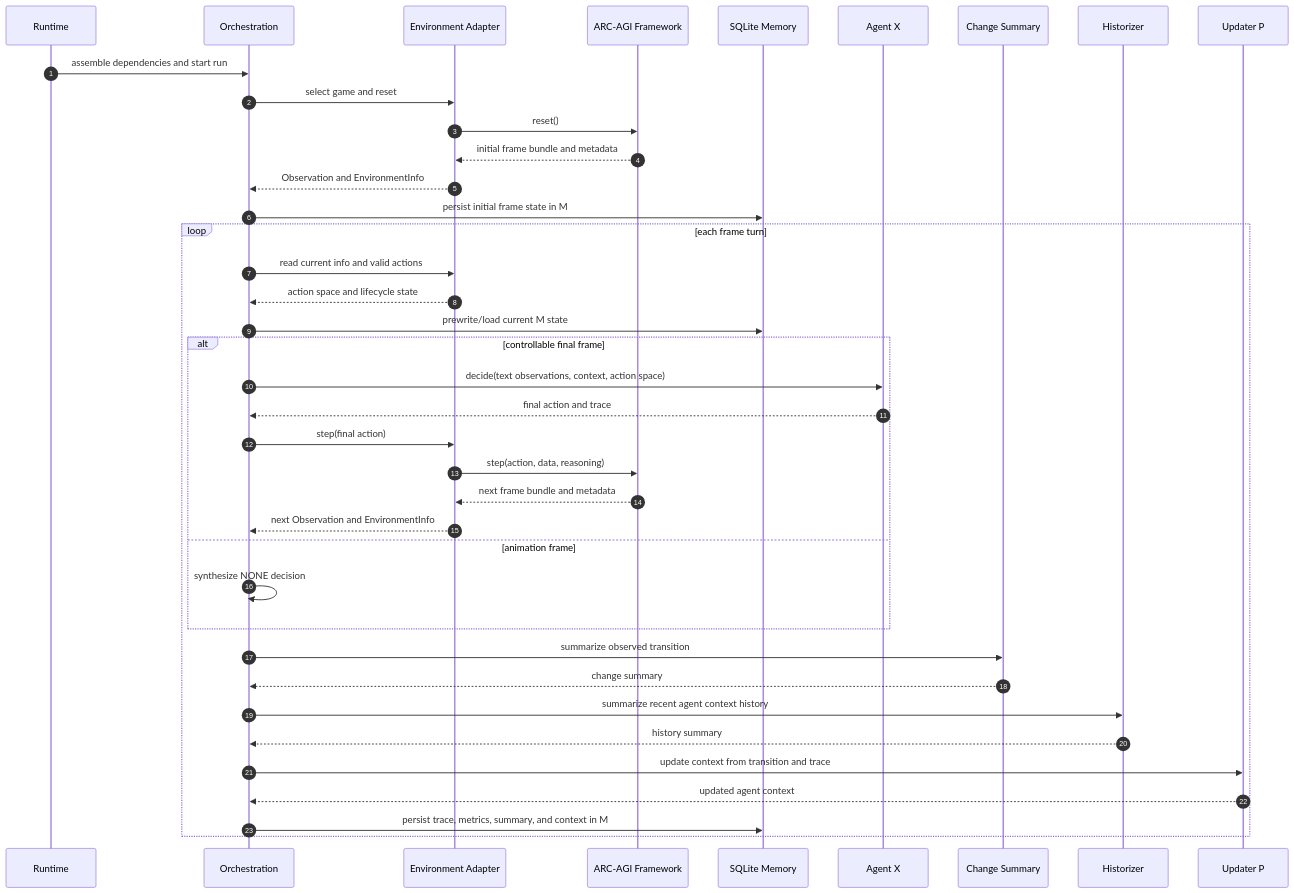
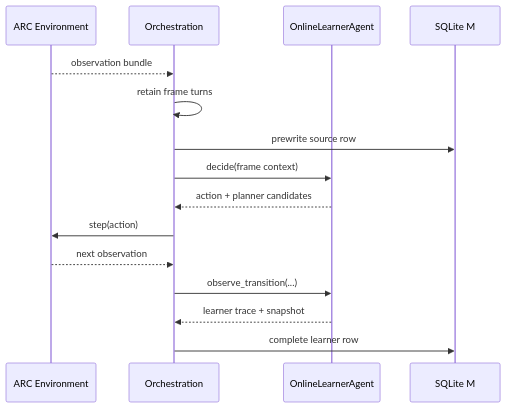
One commit to cocomette/artificial-agency changed the diagram in doc/architecture/software/diagrams.md. Above: the diagram before and after it, drawn with Mermaid. The commit also changed other lines of this file and 214 other files, not shown here.

Commit message:
Port origin/feat/vlm-online-adapter snapshot

````diff
--- a/doc/architecture/software/diagrams.md
+++ b/doc/architecture/software/diagrams.md
@@ -43,43 +3,18 @@
 ```mermaid
 sequenceDiagram
-    autonumber
-    participant Runtime
+    participant Env as ARC Environment
     participant Orch as Orchestration
-    participant Env as Environment Adapter
-    participant ARC as ARC-AGI Framework
-    participant Mem as SQLite Memory
-    participant X as Agent X
-    participant C as Change Summary
-    participant H as Historizer
-    participant P as Updater P
+    participant Agent as OnlineLearnerAgent
+    participant M as SQLite M
 
-    Runtime->>Orch: assemble dependencies and start run
-    Orch->>Env: select game and reset
-    Env->>ARC: reset()
-    ARC-->>Env: initial frame bundle and metadata
-    Env-->>Orch: Observation and EnvironmentInfo
-    Orch->>Mem: persist initial frame state in M
-
-    loop each frame turn
-        Orch->>Env: read current info and valid actions
-        Env-->>Orch: action space and lifecycle state
-        Orch->>Mem: prewrite/load current M state
-        alt controllable final frame
-            Orch->>X: decide(text observations, context, action space)
-            X-->>Orch: final action and trace
-            Orch->>Env: step(final action)
-            Env->>ARC: step(action, data, reasoning)
-            ARC-->>Env: next frame bundle and metadata
-            Env-->>Orch: next Observation and EnvironmentInfo
-        else animation frame
-            Orch->>Orch: synthesize NONE decision
-        end
-        Orch->>C: summarize observed transition
-        C-->>Orch: change summary
-        Orch->>H: summarize recent agent context history
-        H-->>Orch: history summary
-        Orch->>P: update context from transition and trace
-        P-->>Orch: updated agent context
-        Orch->>Mem: persist trace, metrics, summary, and context in M
-    end
+    Env-->>Orch: observation bundle
+    Orch->>Orch: retain frame turns
+    Orch->>M: prewrite source row
+    Orch->>Agent: decide(frame context)
+    Agent-->>Orch: action + planner candidates
+    Orch->>Env: step(action)
+    Env-->>Orch: next observation
+    Orch->>Agent: observe_transition(...)
+    Agent-->>Orch: learner trace + snapshot
+    Orch->>M: complete learner row
 ```
````
